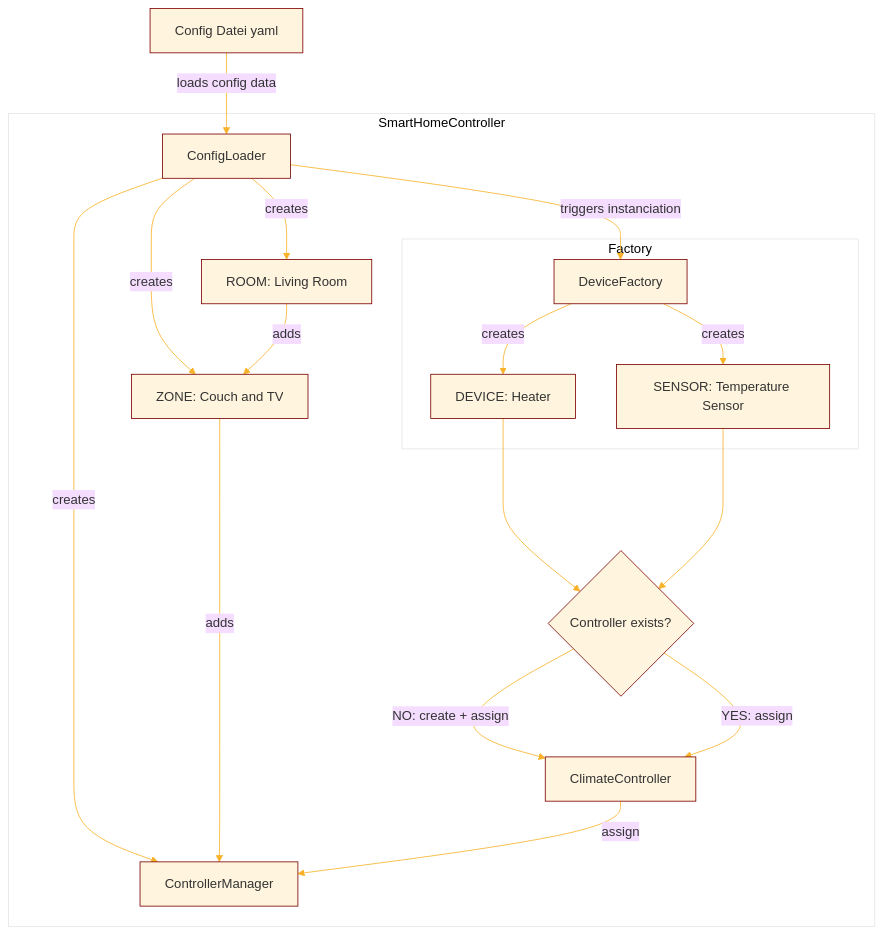
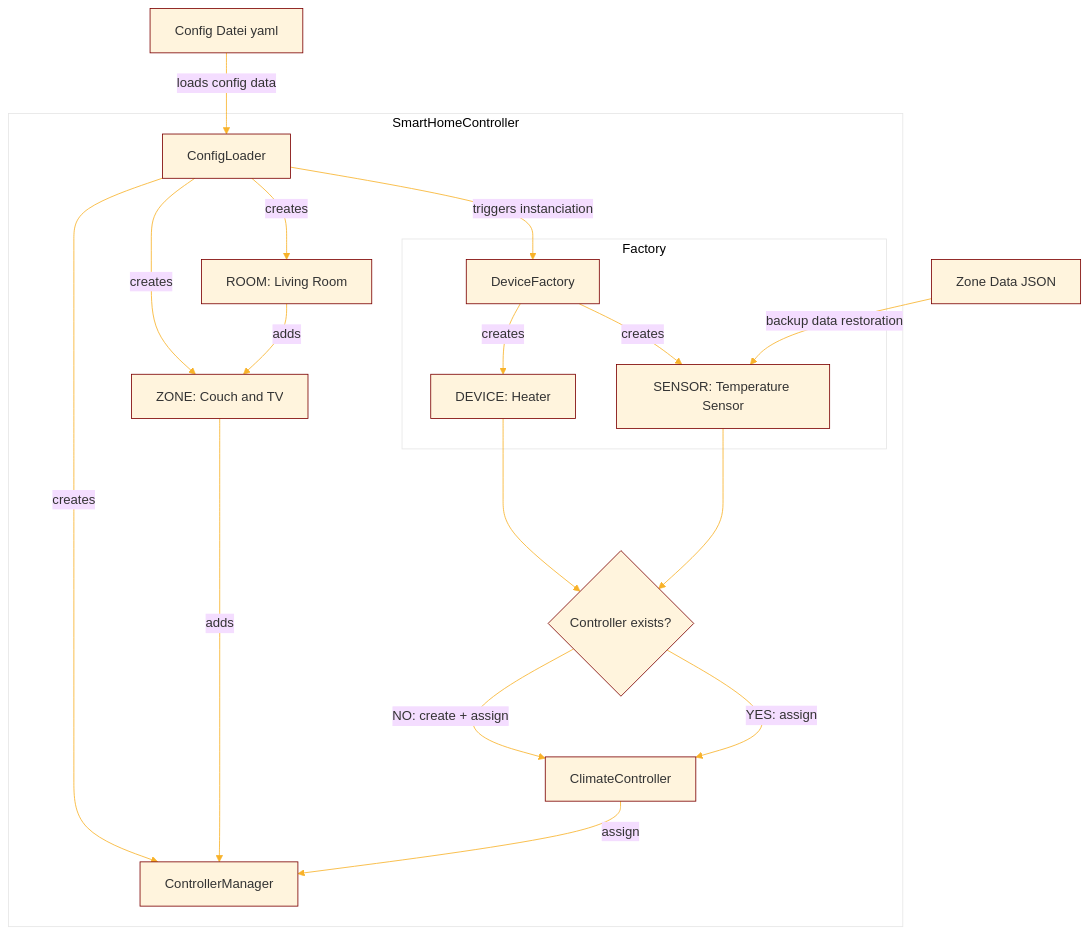
One commit to 930C/PySmartHome changed the first of 3 diagrams in docs/doku.md. Above: the diagram before and after it, drawn with Mermaid. The commit also changed other lines of this file, not shown here.

````diff
--- a/docs/doku.md
+++ b/docs/doku.md
@@ -255,31 +255,32 @@
 ```mermaid
 %%{
   init: {
     'theme': 'base',
     'themeVariables': {
       'primaryBorderColor': '#7C0000',
       'lineColor': '#F8B229',
       'tertiaryColor': '#fff'
     }
   }
 }%%
 flowchart TB
     subgraph SmartHomeController
-          ConfigLoader --creates--> B[ROOM: Living Room]
+        ConfigLoader --creates--> B[ROOM: Living Room]
         ConfigLoader --creates--> C[ZONE: Couch and TV]
         ConfigLoader -- "triggers instanciation" --> DeviceFactory
         ConfigLoader --creates--> ControllerManager
         B[ROOM: Living Room] --adds--> C[ZONE: Couch and TV]
         C[ZONE: Couch and TV] --adds--> ControllerManager
         ClimateController --assign--> ControllerManager
         subgraph Factory
             DeviceFactory -- creates --> D[DEVICE: Heater]
             DeviceFactory -- creates --> E[SENSOR: Temperature Sensor]
         end
         D[DEVICE: Heater] ---> A{Controller exists?}
         E[SENSOR: Temperature Sensor] ---> A{Controller exists?}
         A --"NO: create + assign" --> ClimateController
         A --"YES: assign" --> ClimateController
     end
         YAML[Config Datei yaml] -- loads config data --> ConfigLoader
+        F[Zone Data JSON]--backup data restoration--> E[SENSOR: Temperature Sensor]
 ```
````
